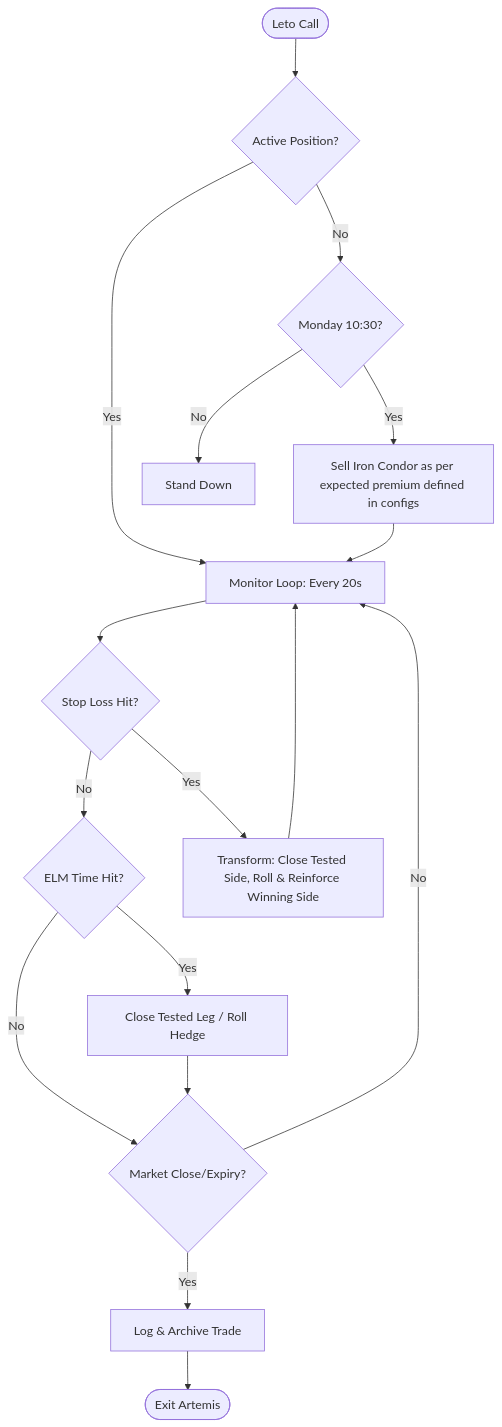
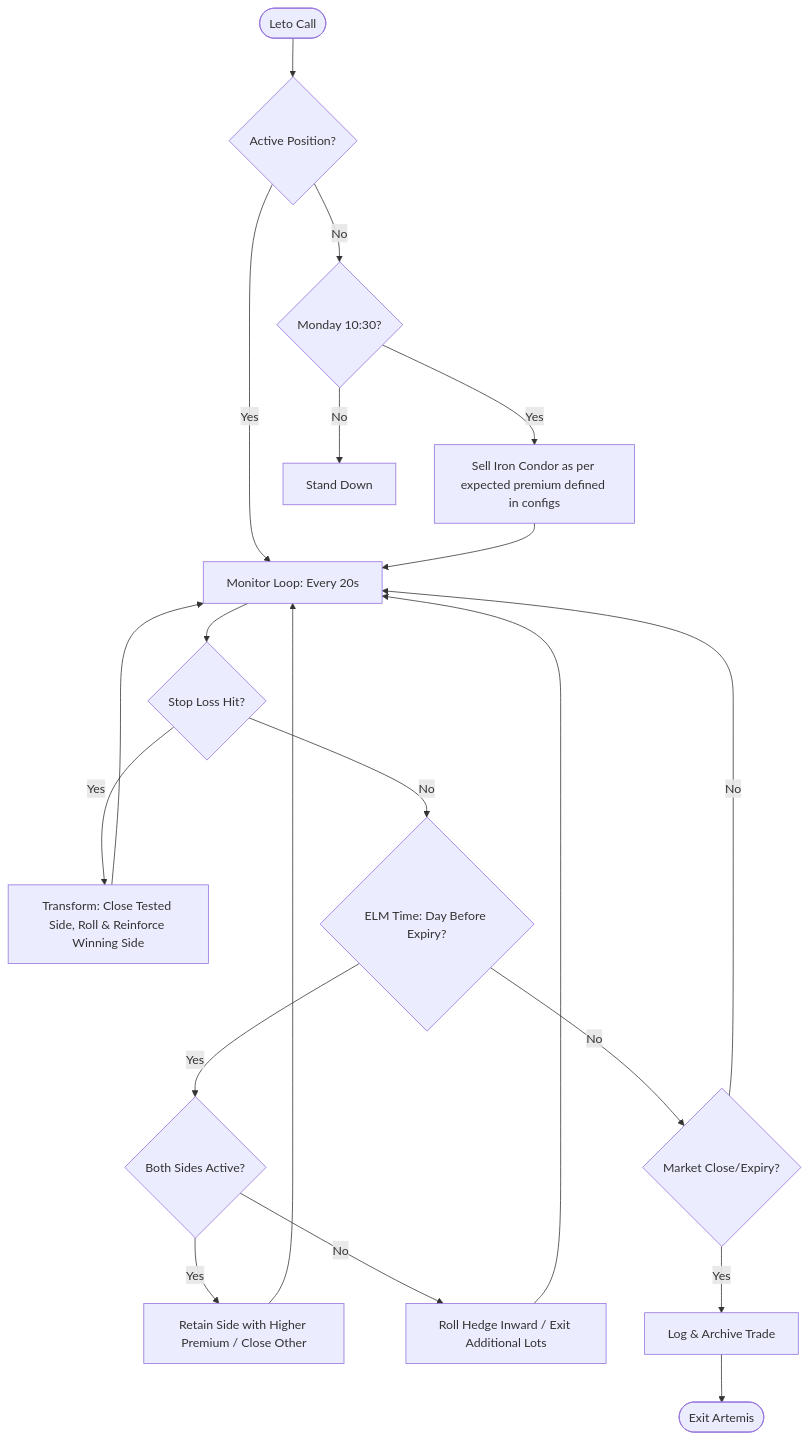
The diagram in artemis_production/README.md (parijnan/algo-trading-lab), drawn with Mermaid before and after one commit.

Commit message:
Docs: Added Balanced IC side-selection logic to Artemis ELM flowchart.

````diff
--- a/artemis_production/README.md
+++ b/artemis_production/README.md
@@ -39,23 +39,26 @@
 ```mermaid
 graph TD
     Start([Leto Call]) --> EntryCheck{Active Position?}
     EntryCheck -- No --> Monday{Monday 10:30?}
     Monday -- Yes --> SetupIC[Sell Iron Condor as per expected premium defined in configs]
     Monday -- No --> StandDown[Stand Down]
     
     EntryCheck -- Yes --> Monitor[Monitor Loop: Every 20s]
     SetupIC --> Monitor
     
     Monitor --> SLHit{Stop Loss Hit?}
-    SLHit -- No --> ELMCheck{ELM Time Hit?}
-    ELMCheck -- Yes --> ELMAdj[Close Tested Leg / Roll Hedge]
-    ELMCheck -- No --> Expiry{Market Close/Expiry?}
-    
     SLHit -- Yes --> Transform[Transform: Close Tested Side, Roll & Reinforce Winning Side]
     Transform --> Monitor
     
-    ELMAdj --> Expiry
+    SLHit -- No --> ELMCheck{ELM Time: Day Before Expiry?}
+    ELMCheck -- Yes --> ELMType{Both Sides Active?}
+    ELMType -- Yes --> ChooseSide[Retain Side with Higher Premium / Close Other]
+    ELMType -- No --> ELMAdj[Roll Hedge Inward / Exit Additional Lots]
+    ELMCheck -- No --> Expiry{Market Close/Expiry?}
+    
+    ChooseSide --> Monitor
+    ELMAdj --> Monitor
     Expiry -- No --> Monitor
     Expiry -- Yes --> Archive[Log & Archive Trade]
     Archive --> End([Exit Artemis])
 ```
````
